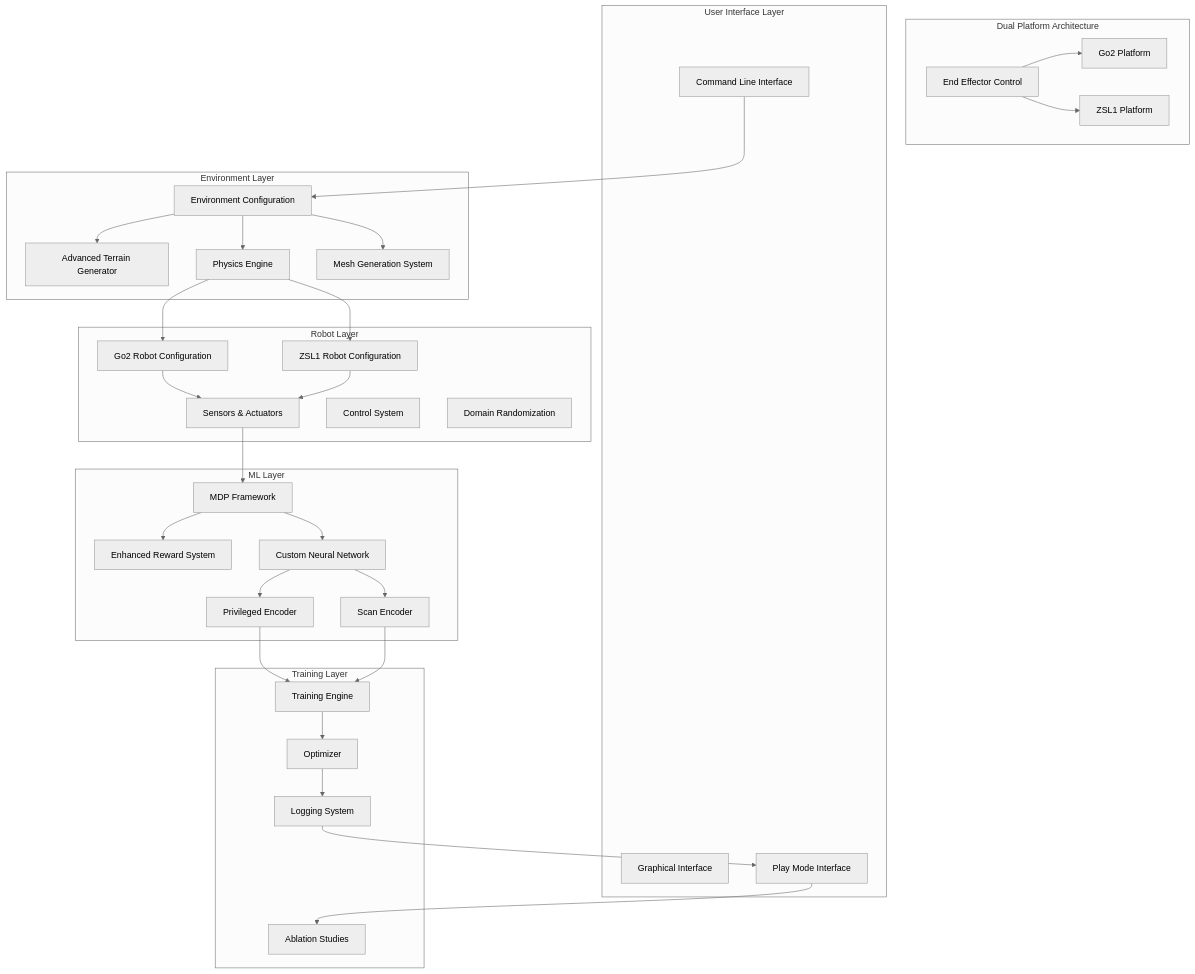
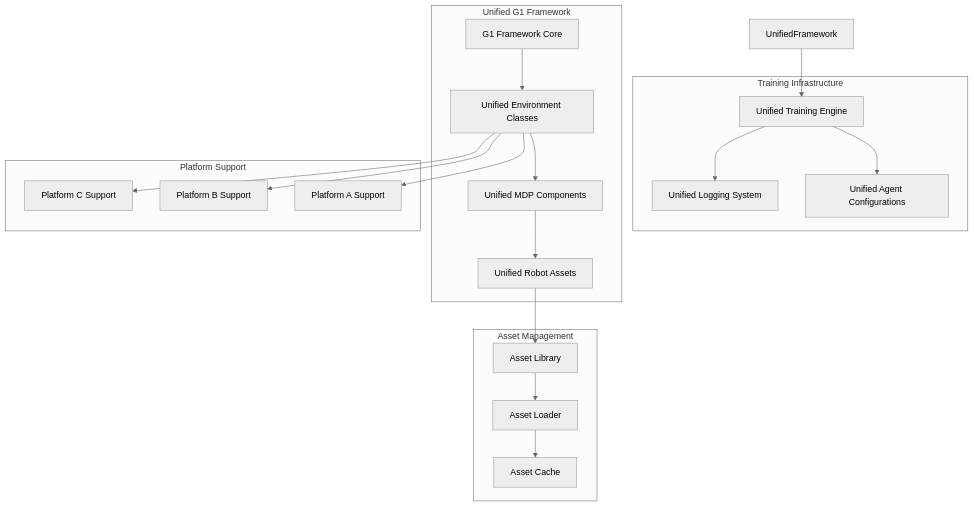
Before and after one commit to jayjayhust/robot_lab: the first of 4 diagrams in .qoder/repowiki/en/content/Task Configuration Framework/Velocity-Based Locomotion Tasks/Parkour Navigation System.md, drawn with Mermaid (neutral theme). The commit also changed other lines of this file and 14 other files, not shown here.

````diff
--- a/.qoder/repowiki/en/content/Task Configuration Framework/Velocity-Based Locomotion Tasks/Parkour Navigation System.md
+++ b/.qoder/repowiki/en/content/Task Configuration Framework/Velocity-Based Locomotion Tasks/Parkour Navigation System.md
@@ -60,60 +39,36 @@
 ```mermaid
 graph TB
-subgraph "Dual Platform Architecture"
-Go2Platform[Go2 Platform]
-ZSL1Platform[ZSL1 Platform]
-EndEffector[End Effector Control]
-EndEffector --> Go2Platform
-EndEffector --> ZSL1Platform
+subgraph "Unified G1 Framework"
+G1Framework[G1 Framework Core]
+UnifiedEnv[Unified Environment Classes]
+UnifiedMDP[Unified MDP Components]
+UnifiedAssets[Unified Robot Assets]
 end
-subgraph "User Interface Layer"
-CLI[Command Line Interface]
-GUI[Graphical Interface]
-PlayMode[Play Mode Interface]
+subgraph "Training Infrastructure"
+UnifiedTraining[Unified Training Engine]
+UnifiedAgents[Unified Agent Configurations]
+UnifiedLogging[Unified Logging System]
 end
-subgraph "Environment Layer"
-EnvCfg[Environment Configuration]
-TerrainGen[Advanced Terrain Generator]
-Physics[Physics Engine]
-MeshGen[Mesh Generation System]
+subgraph "Platform Support"
+PlatformA[Platform A Support]
+PlatformB[Platform B Support]
+PlatformC[Platform C Support]
 end
-subgraph "Robot Layer"
-Go2Robot[Go2 Robot Configuration]
-ZSL1Robot[ZSL1 Robot Configuration]
-Sensors[Sensors & Actuators]
-Control[Control System]
-DR[Domain Randomization]
+subgraph "Asset Management"
+AssetLibrary[Asset Library]
+AssetLoader[Asset Loader]
+AssetCache[Asset Cache]
 end
-subgraph "ML Layer"
-MDP[MDP Framework]
-Rewards[Enhanced Reward System]
-Policy[Custom Neural Network]
-ScanEnc[Scan Encoder]
-PrivEnc[Privileged Encoder]
-end
-subgraph "Training Layer"
-Trainer[Training Engine]
-Optimizer[Optimizer]
-Logger[Logging System]
-Ablation[Ablation Studies]
-end
-CLI --> EnvCfg
-EnvCfg --> TerrainGen
-EnvCfg --> Physics
-EnvCfg --> MeshGen
-Physics --> Go2Robot
-Physics --> ZSL1Robot
-Go2Robot --> Sensors
-ZSL1Robot --> Sensors
-Sensors --> MDP
-MDP --> Rewards
-MDP --> Policy
-Policy --> ScanEnc
-Policy --> PrivEnc
-PrivEnc --> Trainer
-ScanEnc --> Trainer
-Trainer --> Optimizer
-Optimizer --> Logger
-Logger --> PlayMode
-PlayMode --> Ablation
+G1Framework --> UnifiedEnv
+UnifiedEnv --> UnifiedMDP
+UnifiedMDP --> UnifiedAssets
+UnifiedFramework --> UnifiedTraining
+UnifiedTraining --> UnifiedAgents
+UnifiedTraining --> UnifiedLogging
+UnifiedAssets --> AssetLibrary
+AssetLibrary --> AssetLoader
+AssetLoader --> AssetCache
+UnifiedEnv --> PlatformA
+UnifiedEnv --> PlatformB
+UnifiedEnv --> PlatformC
 ```
````
